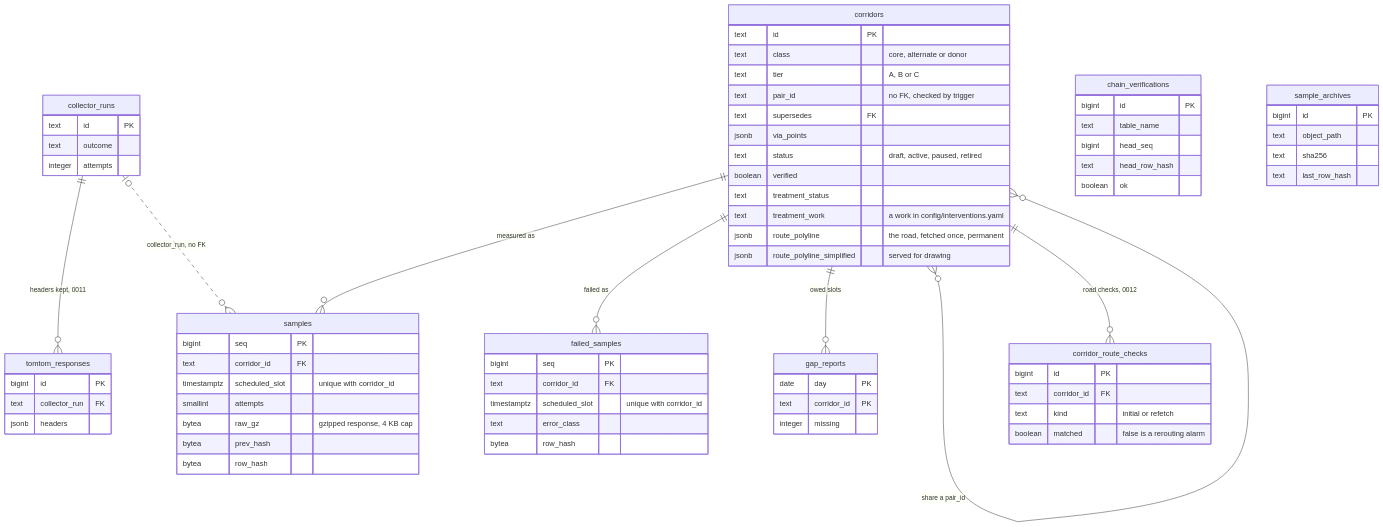
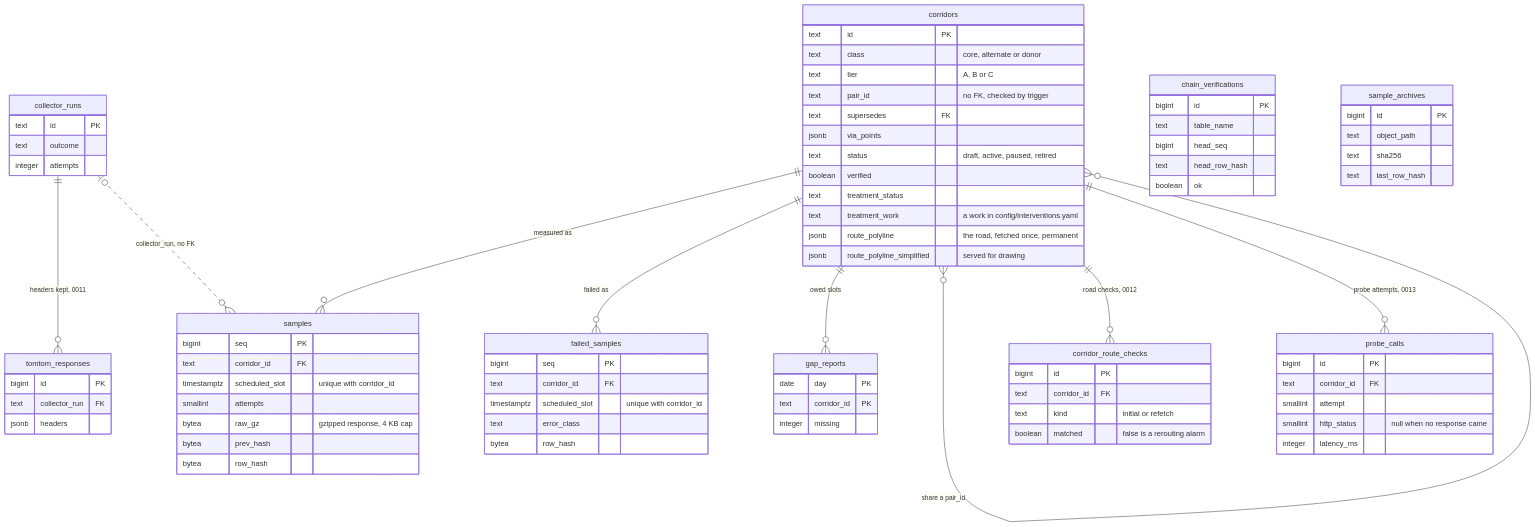
Before and after one commit to smatt92/hyderabad-corridor-ledger: the third of 13 diagrams in docs/architecture.md, drawn with Mermaid. The commit also changed other lines of this file and 11 other files, not shown here.

```diff
--- a/docs/architecture.md
+++ b/docs/architecture.md
@@ -192,6 +201,7 @@
     collector_runs ||--o{ tomtom_responses : "headers kept, 0011"
     collector_runs |o..o{ samples : "collector_run, no FK"
     corridors ||--o{ corridor_route_checks : "road checks, 0012"
+    corridors ||--o{ probe_calls : "probe attempts, 0013"
     corridors {
         text id PK
         text class "core, alternate or donor"
@@ -238,6 +248,13 @@
         text kind "initial or refetch"
         boolean matched "false is a rerouting alarm"
     }
+    probe_calls {
+        bigint id PK
+        text corridor_id FK
+        smallint attempt
+        smallint http_status "null when no response came"
+        integer latency_ms
+    }
     gap_reports {
         date day PK
         text corridor_id PK
```
